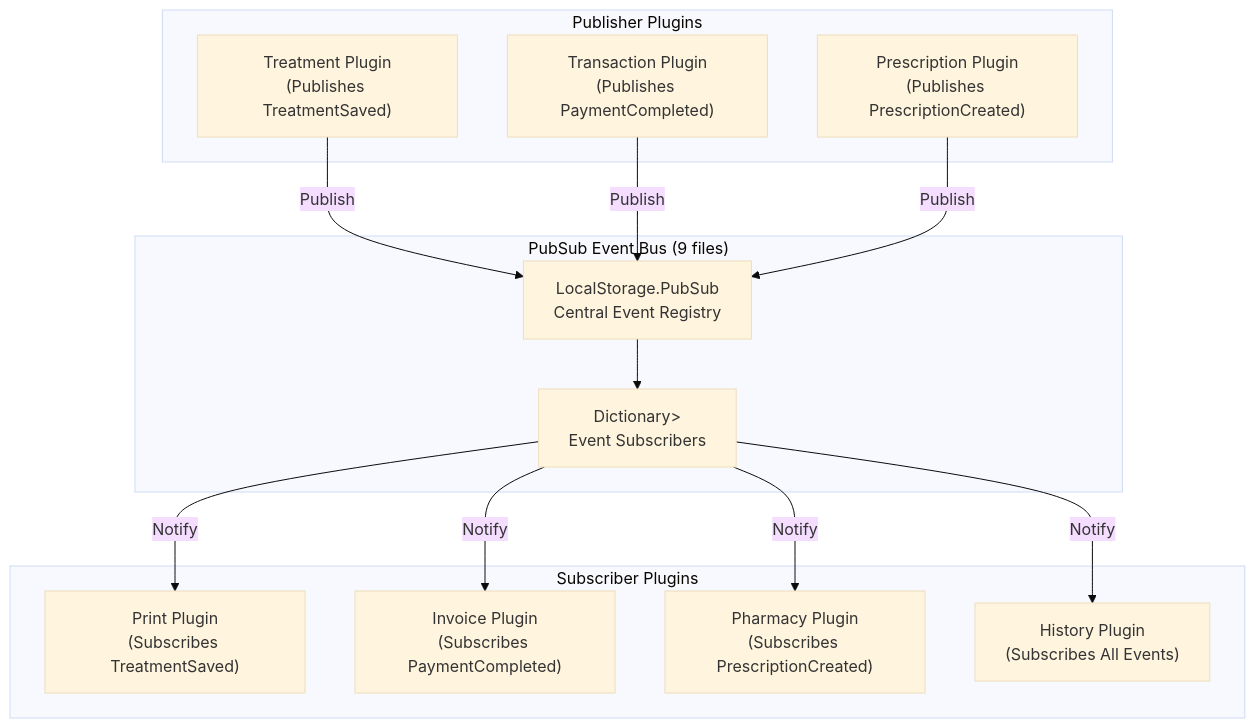
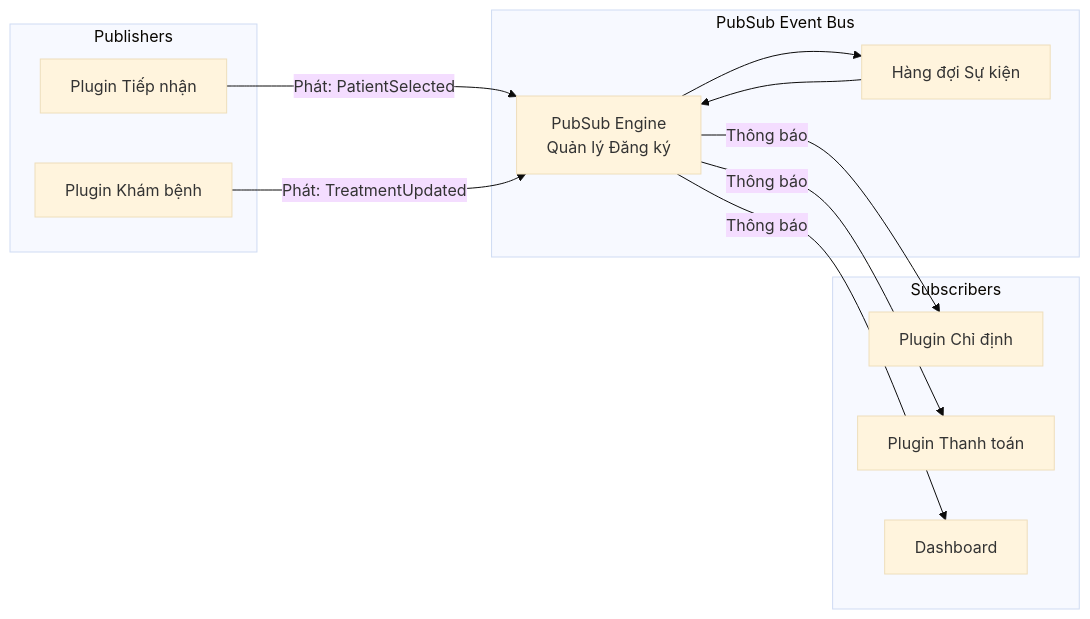
One commit to thangpnb/HIS changed the fourth of 4 diagrams in docs/his-ba-documentation/02-modules/his-desktop/core.md. Above: the diagram before and after it, drawn with Mermaid (base theme). The commit also changed other lines of this file and 30 other files, not shown here.

Commit message:
Refactor architecture docs and update translations

````diff
--- a/docs/his-ba-documentation/02-modules/his-desktop/core.md
+++ b/docs/his-ba-documentation/02-modules/his-desktop/core.md
@@ -908,31 +889,28 @@
 ```mermaid
-graph TB
-    subgraph "Publisher Plugins"
-        PubA["Treatment Plugin<br/>(Publishes TreatmentSaved)"]
-        PubB["Transaction Plugin<br/>(Publishes PaymentCompleted)"]
-        PubC["Prescription Plugin<br/>(Publishes PrescriptionCreated)"]
+graph LR
+    subgraph "Publishers"
+        PluginA["Plugin Tiếp nhận"]
+        PluginB["Plugin Khám bệnh"]
     end
     
-    subgraph "PubSub Event Bus (9 files)"
-        EventBus["LocalStorage.PubSub<br/>Central Event Registry"]
-        EventDict["Dictionary<string, List<Delegate>><br/>Event Subscribers"]
+    subgraph "PubSub Event Bus"
+        Engine["PubSub Engine<br/>Quản lý Đăng ký"]
+        Queue["Hàng đợi Sự kiện"]
     end
     
-    subgraph "Subscriber Plugins"
-        SubA["Print Plugin<br/>(Subscribes TreatmentSaved)"]
-        SubB["Invoice Plugin<br/>(Subscribes PaymentCompleted)"]
-        SubC["Pharmacy Plugin<br/>(Subscribes PrescriptionCreated)"]
-        SubD["History Plugin<br/>(Subscribes All Events)"]
+    subgraph "Subscribers"
+        PluginC["Plugin Chỉ định"]
+        PluginD["Plugin Thanh toán"]
+        PluginE["Dashboard"]
     end
     
-    PubA -->|"Publish"| EventBus
-    PubB -->|"Publish"| EventBus
-    PubC -->|"Publish"| EventBus
+    PluginA -->|"Phát: PatientSelected"| Engine
+    PluginB -->|"Phát: TreatmentUpdated"| Engine
     
-    EventBus --> EventDict
+    Engine --> Queue
+    Queue --> Engine
     
-    EventDict -->|"Notify"| SubA
-    EventDict -->|"Notify"| SubB
-    EventDict -->|"Notify"| SubC
-    EventDict -->|"Notify"| SubD
+    Engine -->|"Thông báo"| PluginC
+    Engine -->|"Thông báo"| PluginD
+    Engine -->|"Thông báo"| PluginE
 ```
````
